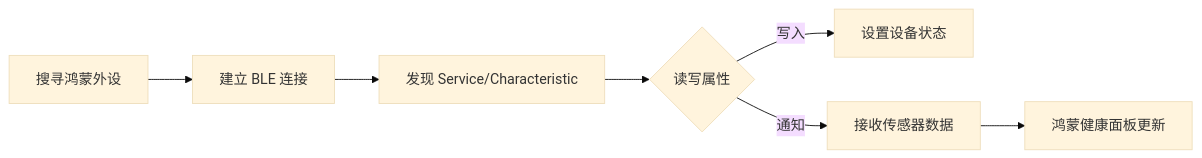
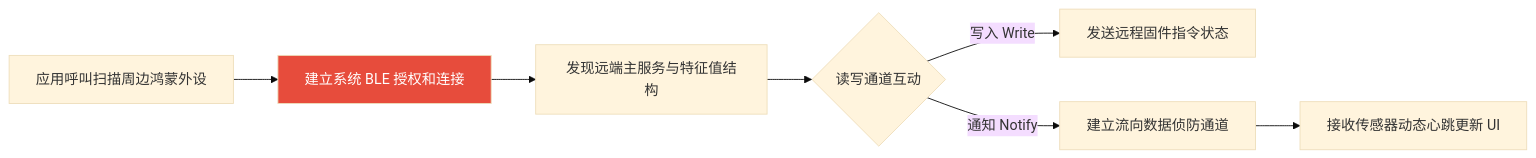
One commit to happyphper/blog changed the diagram in posts/2026/0221/flutter_web_bluetooth.md. Above: the diagram before and after it, drawn with Mermaid (base theme). The commit also changed other lines of this file and 4 other files, not shown here.

````diff
--- a/posts/2026/0221/flutter_web_bluetooth.md
+++ b/posts/2026/0221/flutter_web_bluetooth.md
@@ -12,9 +24,10 @@
 ```mermaid
 graph LR
-    A[搜寻鸿蒙外设] --> B[建立 BLE 连接]
-    B --> C[发现 Service/Characteristic]
-    C --> D{读写属性}
-    D -->|写入| E[设置设备状态]
-    D -->|通知| F[接收传感器数据]
-    F --> G[鸿蒙健康面板更新]
+    A[应用呼叫扫描周边鸿蒙外设] --> B[建立系统 BLE 授权和连接]
+    B --> C[发现远端主服务与特征值结构]
+    C --> D{读写通道互动}
+    D -->|写入 Write| E[发送远程固件指令状态]
+    D -->|通知 Notify| F[建立流向数据侦防通道]
+    F --> G[接收传感器动态心跳更新 UI]
+    style B fill:#e74c3c,color:white
 ```
````
